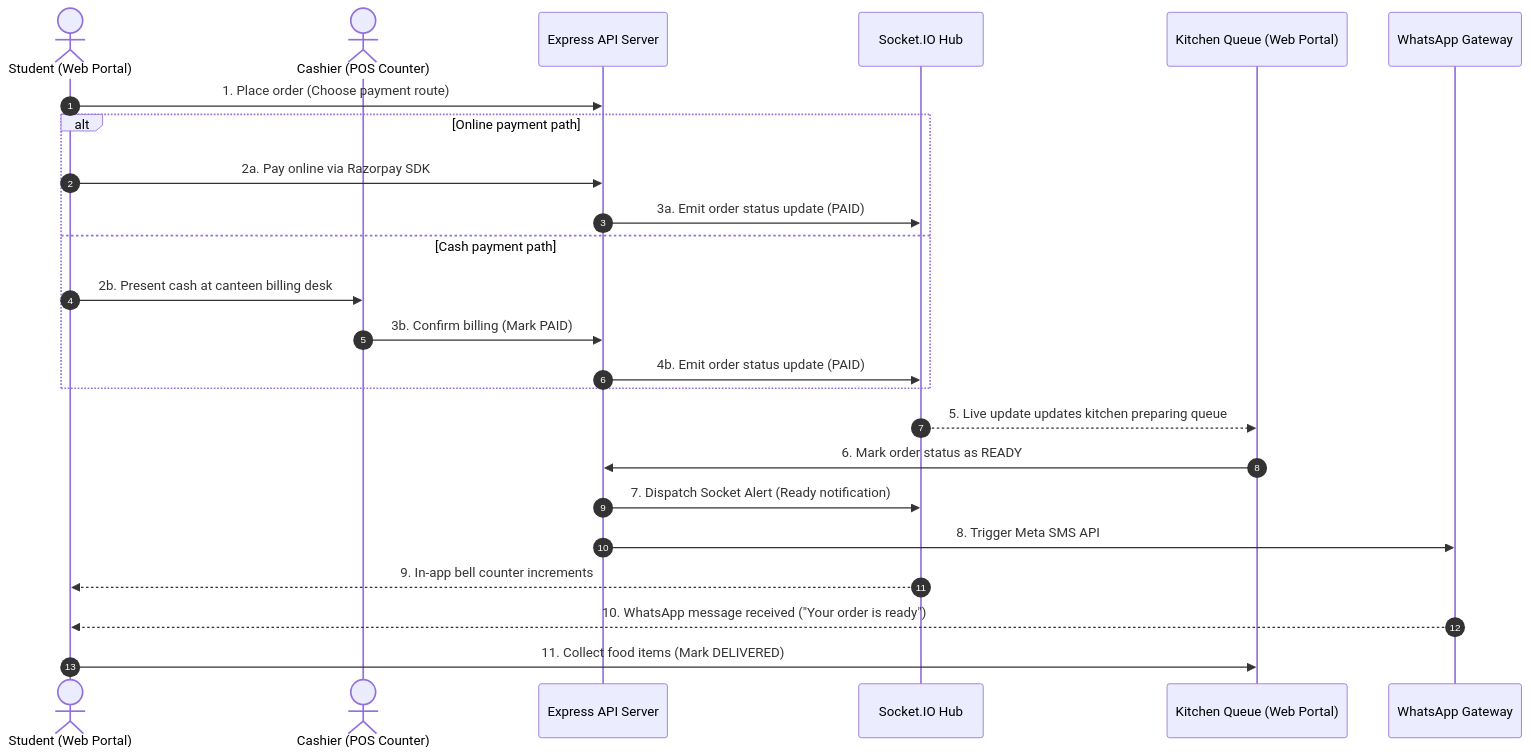
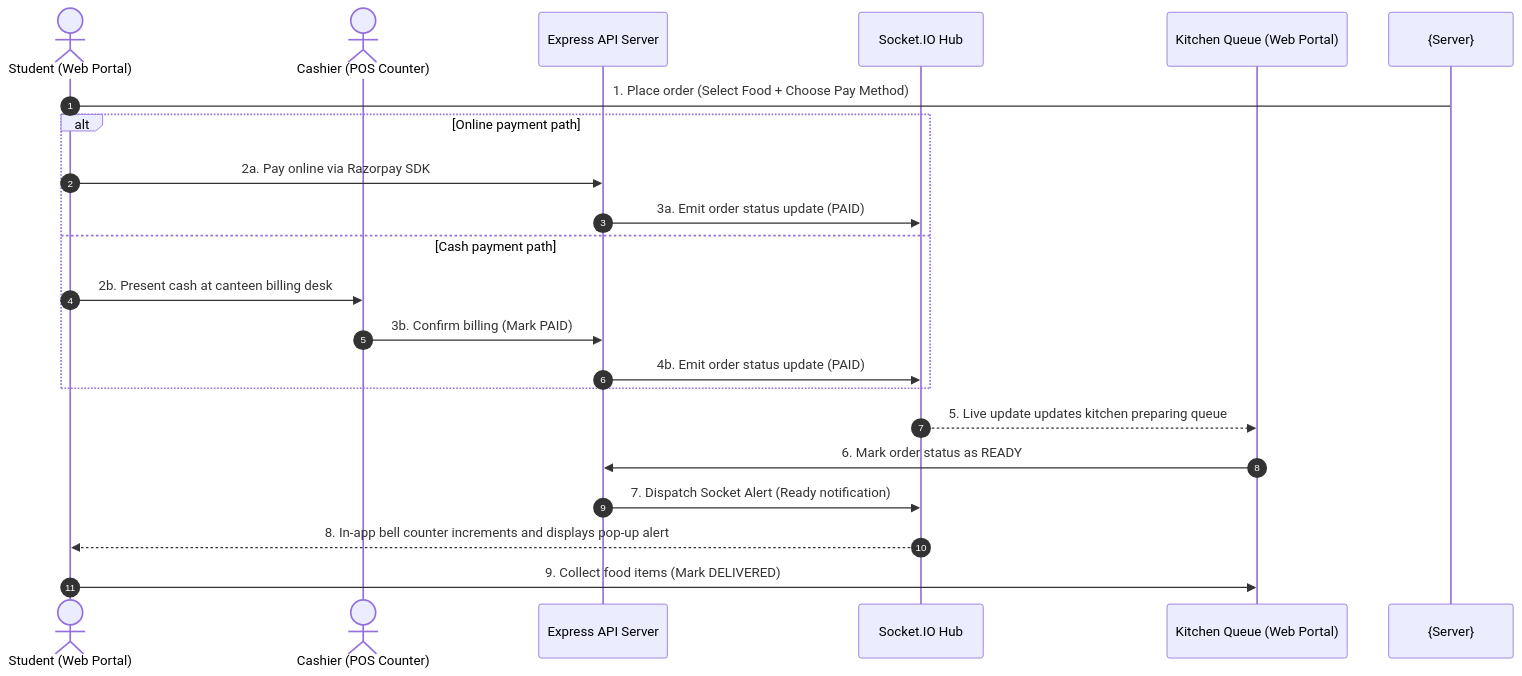
The second of 2 diagrams in README.md (saicharanega/SmartCanteen), drawn with Mermaid before and after one commit. The commit also changed other lines of this file, not shown here.

Commit message:
docs: finalize professional recruiter-ready README.md

````diff
--- a/README.md
+++ b/README.md
@@ -141,29 +157,26 @@
 ```mermaid
 sequenceDiagram
     autonumber
     actor Student as Student (Web Portal)
     actor Cashier as Cashier (POS Counter)
     participant Server as Express API Server
     participant Sockets as Socket.IO Hub
     participant Kitchen as Kitchen Queue (Web Portal)
-    participant WhatsApp as WhatsApp Gateway
 
-    Student->>Server: 1. Place order (Choose payment route)
+    Student->{Server}: 1. Place order (Select Food + Choose Pay Method)
     
     alt Online payment path
         Student->>Server: 2a. Pay online via Razorpay SDK
         Server->>Sockets: 3a. Emit order status update (PAID)
     else Cash payment path
         Student->>Cashier: 2b. Present cash at canteen billing desk
         Cashier->>Server: 3b. Confirm billing (Mark PAID)
         Server->>Sockets: 4b. Emit order status update (PAID)
     end
 
     Sockets-->>Kitchen: 5. Live update updates kitchen preparing queue
     Kitchen->>Server: 6. Mark order status as READY
     Server->>Sockets: 7. Dispatch Socket Alert (Ready notification)
-    Server->>WhatsApp: 8. Trigger Meta SMS API
-    Sockets-->>Student: 9. In-app bell counter increments
-    WhatsApp-->>Student: 10. WhatsApp message received ("Your order is ready")
-    Student->>Kitchen: 11. Collect food items (Mark DELIVERED)
+    Sockets-->>Student: 8. In-app bell counter increments and displays pop-up alert
+    Student->>Kitchen: 9. Collect food items (Mark DELIVERED)
 ```
````
